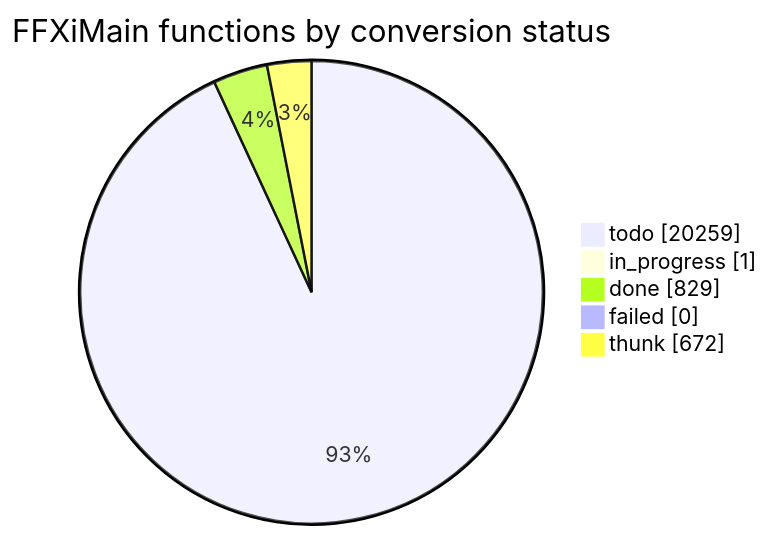
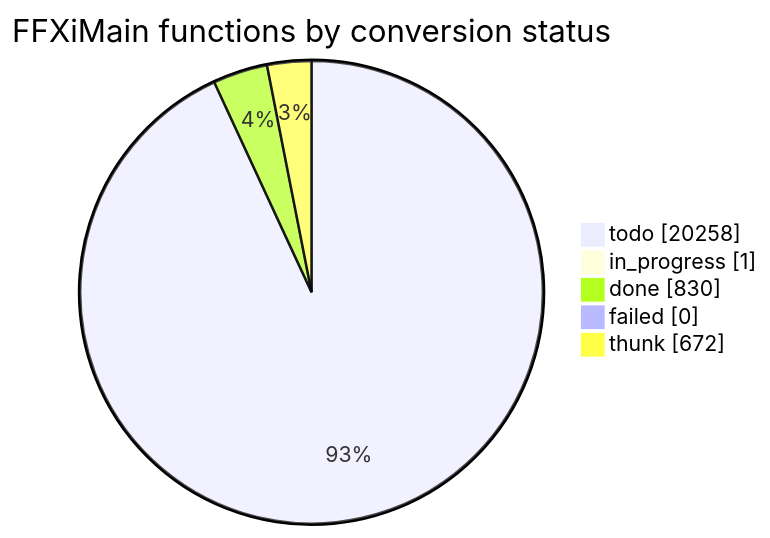
Before and after one commit to cowrevenge/cow_kuluu_xi_anything: the diagram in docs/cow/STATUS.md, drawn with Mermaid. The commit also changed other lines of this file and 9 other files, not shown here.

````diff
--- a/docs/cow/STATUS.md
+++ b/docs/cow/STATUS.md
@@ -18,9 +18,9 @@
 ```mermaid
 pie showData
     title FFXiMain functions by conversion status
-    "todo" : 20259
+    "todo" : 20258
     "in_progress" : 1
-    "done" : 829
+    "done" : 830
     "failed" : 0
     "thunk" : 672
 ```
````
